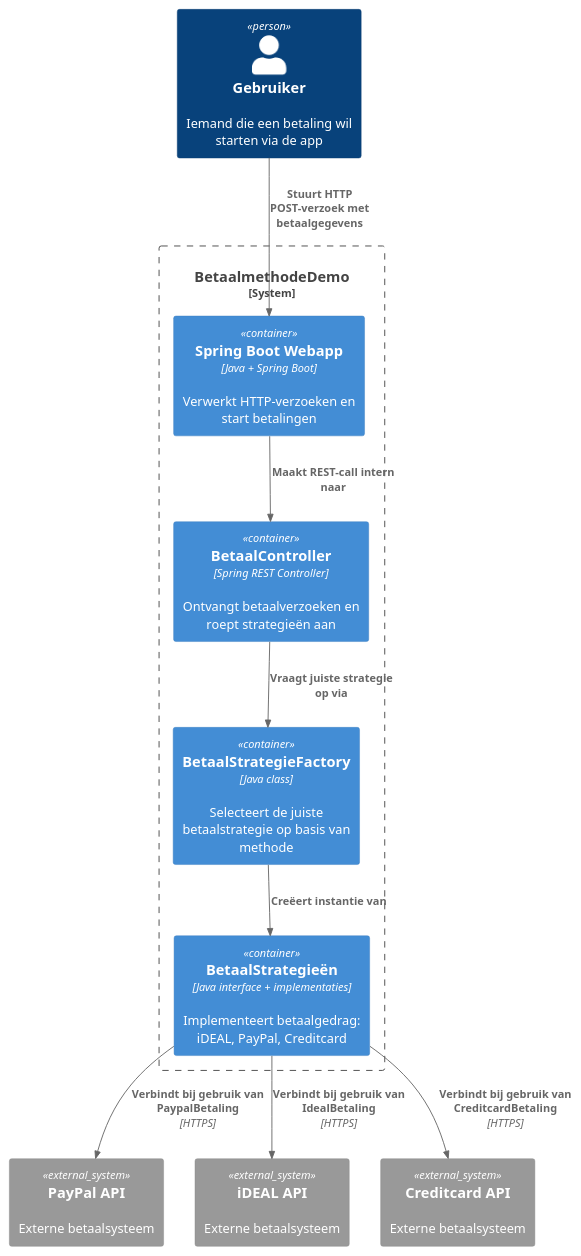
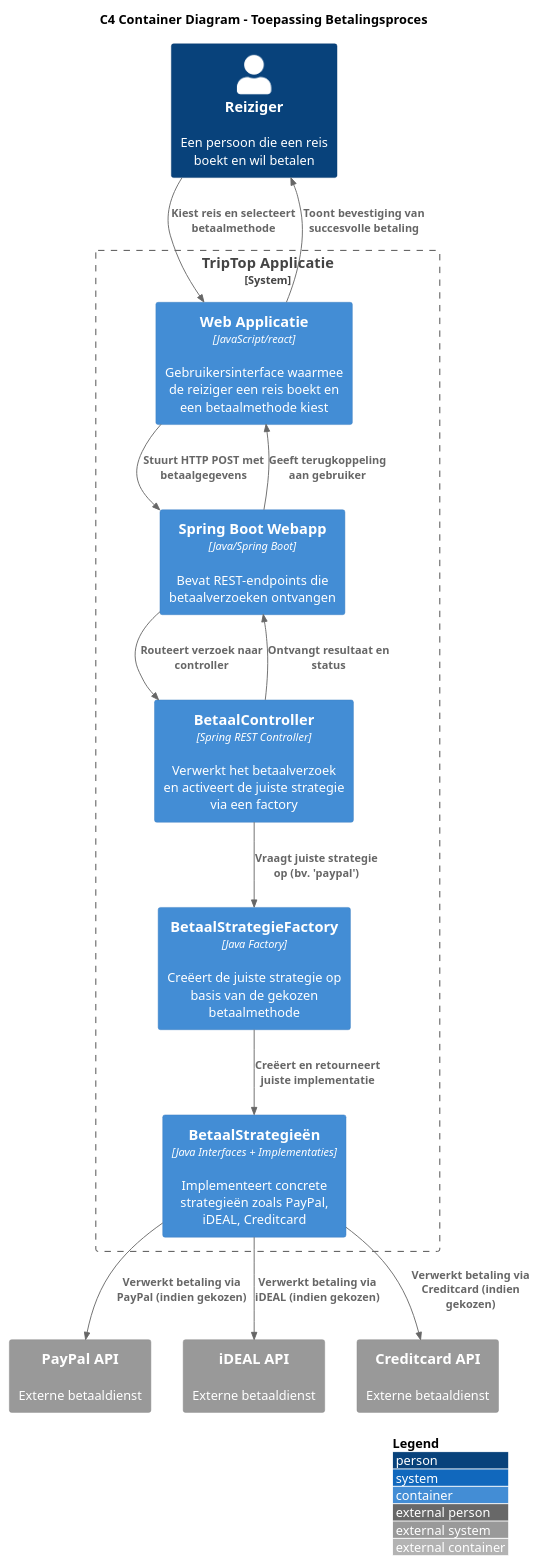
One commit to AIM-ENE-feb25/triptop-groep-5 changed the diagram in software-guidebook/BetaalMethodeContainer.puml. Above: the diagram before and after it, drawn with PlantUML. The commit also changed 8 other files, not shown here.

Commit message:
diagramen in sgb

```diff
--- a/software-guidebook/BetaalMethodeContainer.puml
+++ b/software-guidebook/BetaalMethodeContainer.puml
@@ -1,32 +1,37 @@
-@startuml
+@startuml "C4 Container Diagram - Toepassing Betalingsproces"
 !include https://raw.githubusercontent.com/plantuml-stdlib/C4-PlantUML/master/C4_Container.puml
-LAYOUT_TOP_DOWN()
 
-' Personen
-Person(user, "Gebruiker", "Iemand die een betaling wil starten via de app")
+LAYOUT_WITH_LEGEND()
 
-' Systeem
-System_Boundary(s1, "BetaalmethodeDemo") {
+title "C4 Container Diagram - Toepassing Betalingsproces"
+Person(reiziger, "Reiziger", "Een persoon die een reis boekt en wil betalen")
 
-  Container(webApp, "Spring Boot Webapp", "Java + Spring Boot", "Verwerkt HTTP-verzoeken en start betalingen")
-  Container(controller, "BetaalController", "Spring REST Controller", "Ontvangt betaalverzoeken en roept strategieën aan")
-  Container(factory, "BetaalStrategieFactory", "Java class", "Selecteert de juiste betaalstrategie op basis van methode")
-  Container(strategie, "BetaalStrategieën", "Java interface + implementaties", "Implementeert betaalgedrag: iDEAL, PayPal, Creditcard")
+System_Boundary(triptopSysteem, "TripTop Applicatie") {
+    Container(webApp, "Web Applicatie", "JavaScript/react","Gebruikersinterface waarmee de reiziger een reis boekt en een betaalmethode kiest")
+
+    Container(apiGateway, "Spring Boot Webapp", "Java/Spring Boot","Bevat REST-endpoints die betaalverzoeken ontvangen")
+
+    Container(controller, "BetaalController", "Spring REST Controller","Verwerkt het betaalverzoek en activeert de juiste strategie via een factory")
+
+    Container(factory, "BetaalStrategieFactory", "Java Factory","Creëert de juiste strategie op basis van de gekozen betaalmethode")
+
+    Container(strategie, "BetaalStrategieën", "Java Interfaces + Implementaties","Implementeert concrete strategieën zoals PayPal, iDEAL, Creditcard")
 }
 
-System_Ext(paypal, "PayPal API", "Externe betaalsysteem")
-System_Ext(ideal, "iDEAL API", "Externe betaalsysteem")
-System_Ext(cc, "Creditcard API", "Externe betaalsysteem")
+System_Ext(paypalAPI, "PayPal API", "Externe betaaldienst")
+System_Ext(idealAPI, "iDEAL API", "Externe betaaldienst")
+System_Ext(ccAPI, "Creditcard API", "Externe betaaldienst")
 
-' Relaties
-Rel(user, webApp, "Stuurt HTTP POST-verzoek met betaalgegevens")
-
-Rel(webApp, controller, "Maakt REST-call intern naar")
-Rel(controller, factory, "Vraagt juiste strategie op via")
-Rel(factory, strategie, "Creëert instantie van")
-
-Rel(strategie, paypal, "Verbindt bij gebruik van PaypalBetaling", "HTTPS")
-Rel(strategie, ideal, "Verbindt bij gebruik van IdealBetaling", "HTTPS")
-Rel(strategie, cc, "Verbindt bij gebruik van CreditcardBetaling", "HTTPS")
+Rel(reiziger, webApp, "Kiest reis en selecteert betaalmethode")
+Rel(webApp, apiGateway, "Stuurt HTTP POST met betaalgegevens")
+Rel(apiGateway, controller, "Routeert verzoek naar controller")
+Rel(controller, factory, "Vraagt juiste strategie op (bv. 'paypal')")
+Rel(factory, strategie, "Creëert en retourneert juiste implementatie")
+Rel(strategie, paypalAPI, "Verwerkt betaling via PayPal (indien gekozen)")
+Rel(strategie, idealAPI, "Verwerkt betaling via iDEAL (indien gekozen)")
+Rel(strategie, ccAPI, "Verwerkt betaling via Creditcard (indien gekozen)")
+Rel(controller, apiGateway, "Ontvangt resultaat en status")
+Rel(apiGateway, webApp, "Geeft terugkoppeling aan gebruiker")
+Rel(webApp, reiziger, "Toont bevestiging van succesvolle betaling")
 
 @enduml
```
